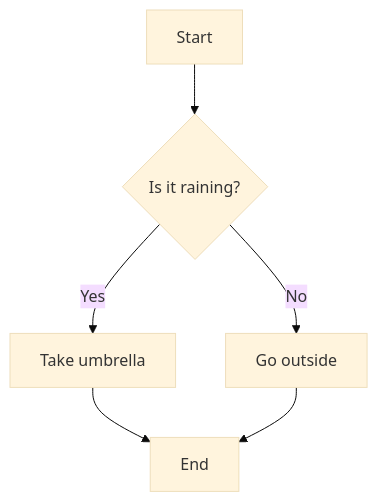
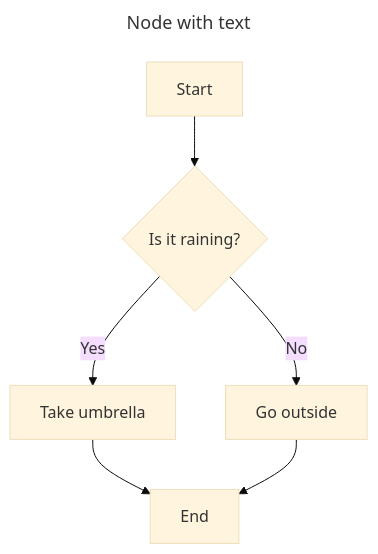
Before and after one commit to CSpyridakis/notes: the first of 14 diagrams in Markdown/mermaid.md, drawn with Mermaid (base theme). The commit also changed other lines of this file, not shown here.

Commit message:
Mermaid updated

````diff
--- a/Markdown/mermaid.md
+++ b/Markdown/mermaid.md
@@ -18,8 +22,11 @@
 ```mermaid
+---
+title: Node with text
+---
 flowchart TD
   A[Start] --> B{Is it raining?}
   B -- Yes --> C[Take umbrella]
   B -- No --> D[Go outside]
   C --> E[End]
   D --> E[End]
 ```
````
